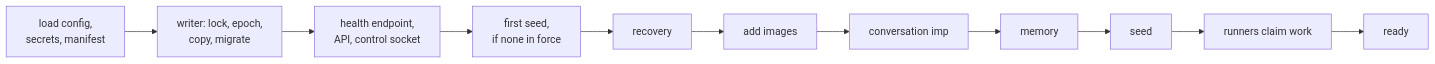
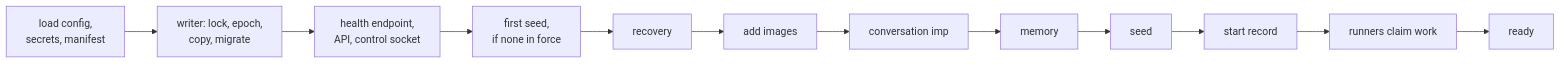
One commit to zgeoff/nixie changed the diagram in docs/architecture/deployment/server.md. Above: the diagram before and after it, drawn with Mermaid. The commit also changed other lines of this file and 8 other files, not shown here.

````diff
--- a/docs/architecture/deployment/server.md
+++ b/docs/architecture/deployment/server.md
@@ -48,8 +48,8 @@
 ```mermaid
 flowchart LR
   L["load config,<br>secrets, manifest"] --> W["writer: lock, epoch,<br>copy, migrate"]
   W --> H["health endpoint,<br>API, control socket"]
   H --> S0["first seed,<br>if none in force"]
   S0 --> R["recovery"] --> I["add images"] --> C["conversation imp"] --> M["memory"]
-  M --> S["seed"] --> RU["runners claim work"] --> Y["ready"]
+  M --> S["seed"] --> SR["start record"] --> RU["runners claim work"] --> Y["ready"]
 ```
````
